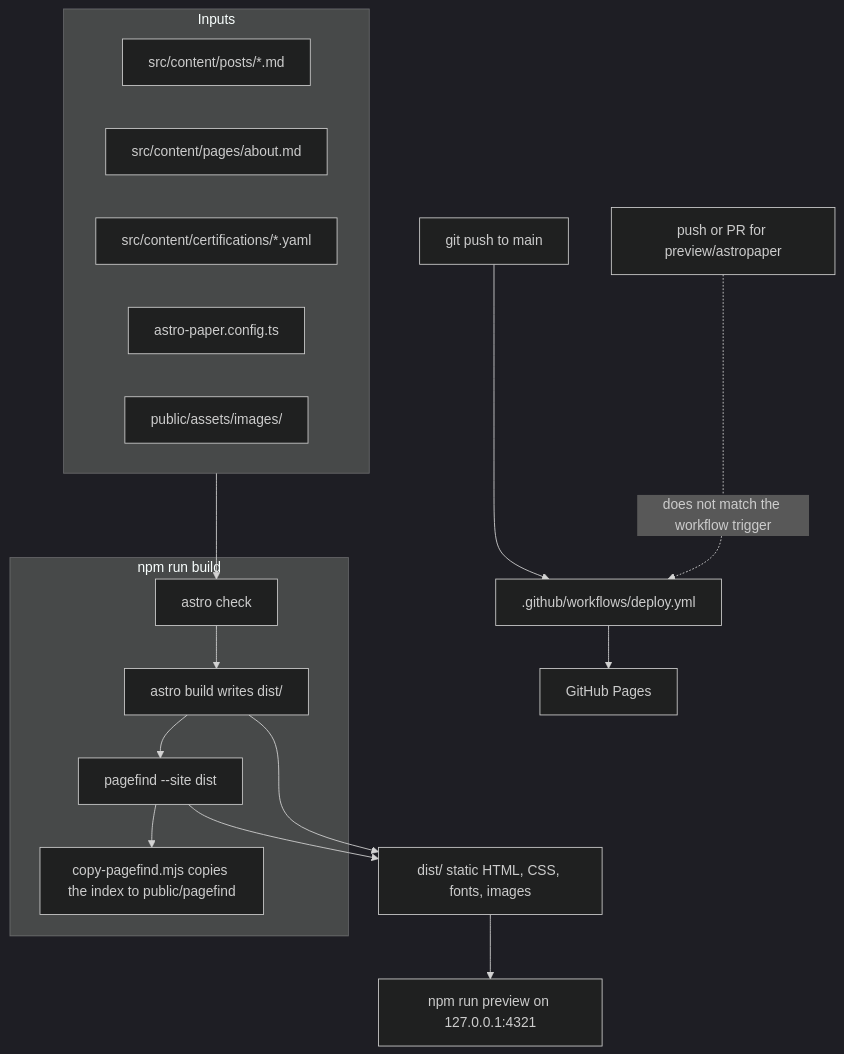
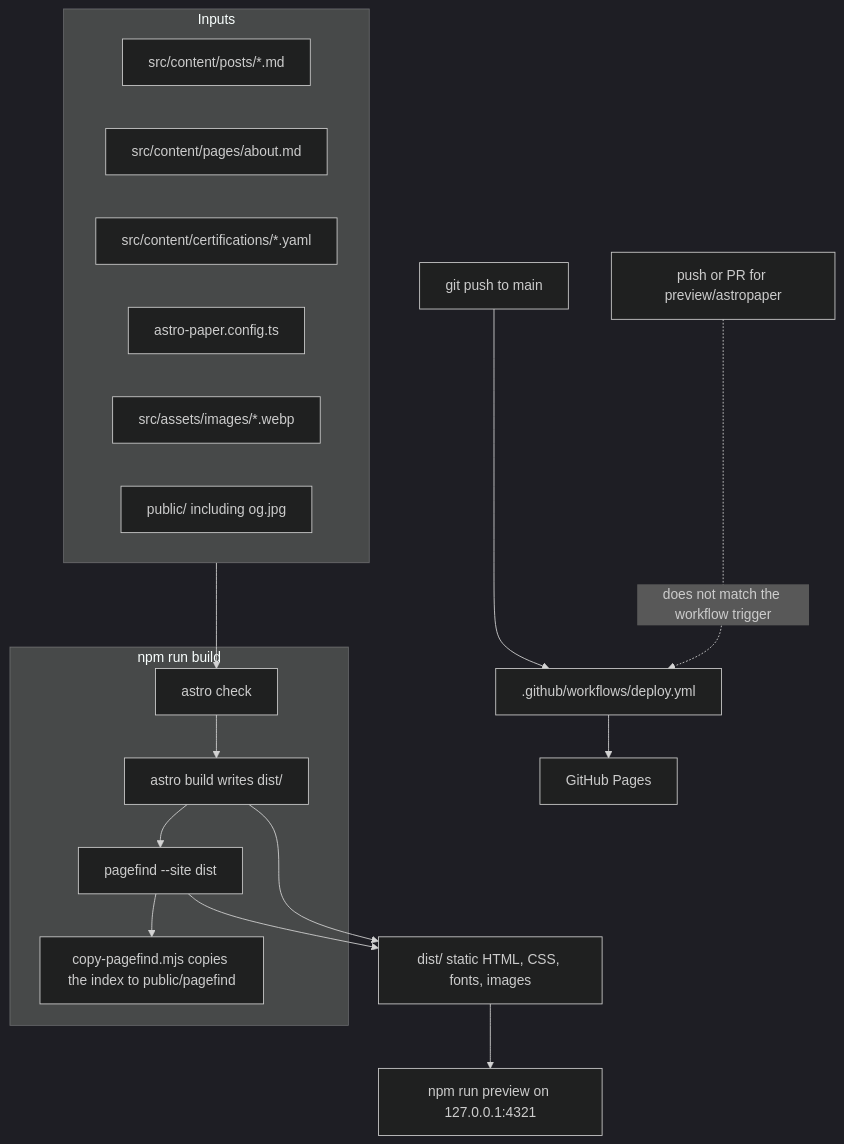
Before and after one commit to nutanixguy/nutanixvibes: the diagram in FORJAMES.md, drawn with Mermaid (dark theme). The commit also changed other lines of this file and 17 other files, not shown here.

````diff
--- a/FORJAMES.md
+++ b/FORJAMES.md
@@ -19,28 +19,29 @@
 ```mermaid
 flowchart TD
   subgraph sources [Inputs]
     posts["src/content/posts/*.md"]
     about["src/content/pages/about.md"]
     certs["src/content/certifications/*.yaml"]
     siteConfig["astro-paper.config.ts"]
-    images["public/assets/images/"]
+    imageMasters["src/assets/images/*.webp"]
+    publicFiles["public/ including og.jpg"]
   end
 
   subgraph build [npm run build]
     check["astro check"]
     astroBuild["astro build writes dist/"]
     pagefind["pagefind --site dist"]
     copyIndex["copy-pagefind.mjs copies the index to public/pagefind"]
     check --> astroBuild --> pagefind --> copyIndex
   end
 
   sources --> check
   astroBuild --> dist["dist/ static HTML, CSS, fonts, images"]
   pagefind --> dist
 
   dist --> preview["npm run preview on 127.0.0.1:4321"]
 
   mainPush["git push to main"] --> deploy[".github/workflows/deploy.yml"]
   deploy --> pages["GitHub Pages"]
   thisBranch["push or PR for preview/astropaper"] -.->|"does not match the workflow trigger"| deploy
 ```
````
